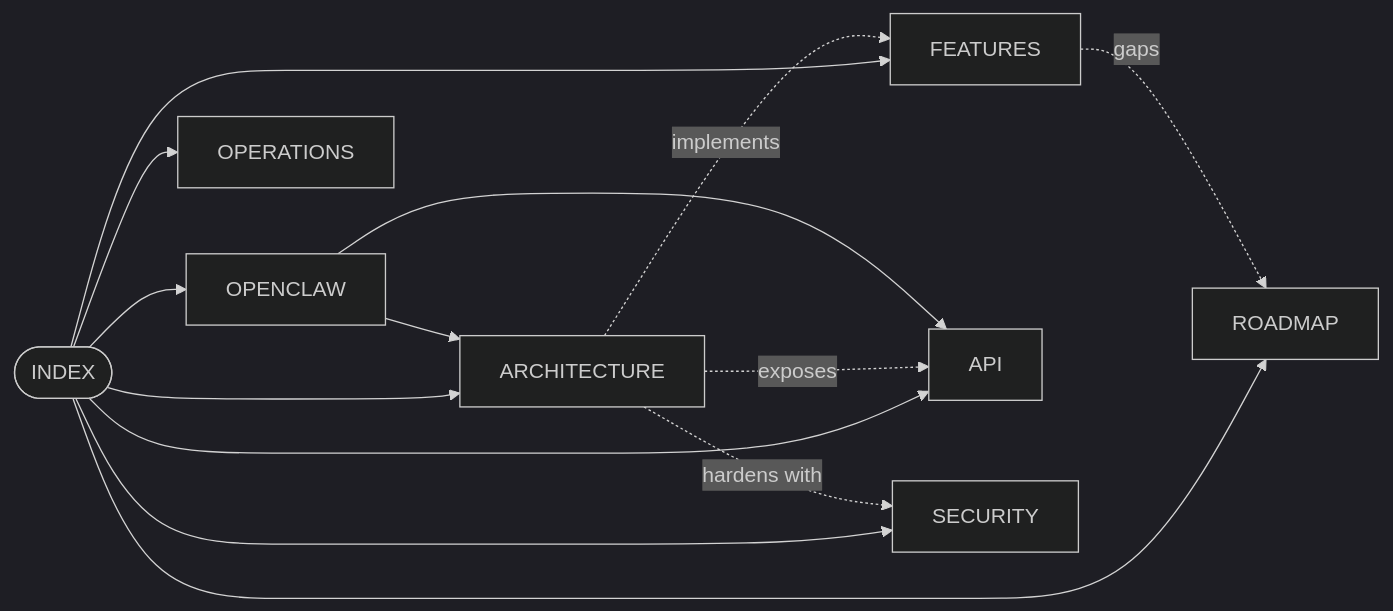
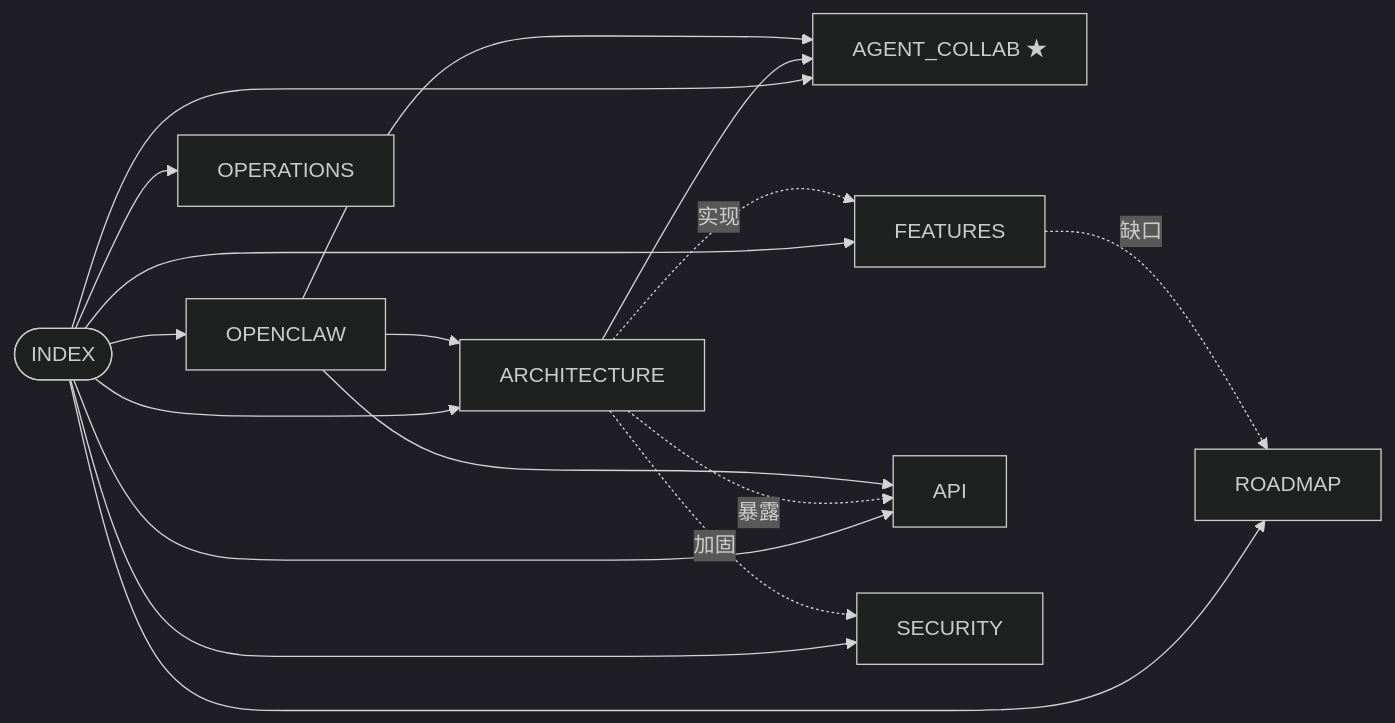
One commit to Kyle-zhai/agent2agent changed the diagram in docs/tech/INDEX.md. Above: the diagram before and after it, drawn with Mermaid (dark theme). The commit also changed other lines of this file and 13 other files, not shown here.

First line of the commit message:
docs(zh-CN): 把 docs/tech/ 整套文档中文化 + 新增 AGENT_COLLAB.md 深度讲解 agent 协作

````diff
--- a/docs/tech/INDEX.md
+++ b/docs/tech/INDEX.md
@@ -18,17 +17,20 @@
 ```mermaid
 graph LR
   IDX([INDEX]) --> ARCH[ARCHITECTURE]
+  IDX --> COL[AGENT_COLLAB ★]
   IDX --> FEAT[FEATURES]
   IDX --> API[API]
   IDX --> SEC[SECURITY]
   IDX --> OC[OPENCLAW]
   IDX --> RM[ROADMAP]
   IDX --> OPS[OPERATIONS]
 
-  ARCH -.->|implements| FEAT
-  ARCH -.->|exposes| API
-  ARCH -.->|hardens with| SEC
-  FEAT -.->|gaps| RM
+  ARCH -.->|实现| FEAT
+  ARCH -.->|暴露| API
+  ARCH -.->|加固| SEC
+  ARCH --> COL
+  FEAT -.->|缺口| RM
+  OC --> COL
   OC --> API
   OC --> ARCH
 ```
````
